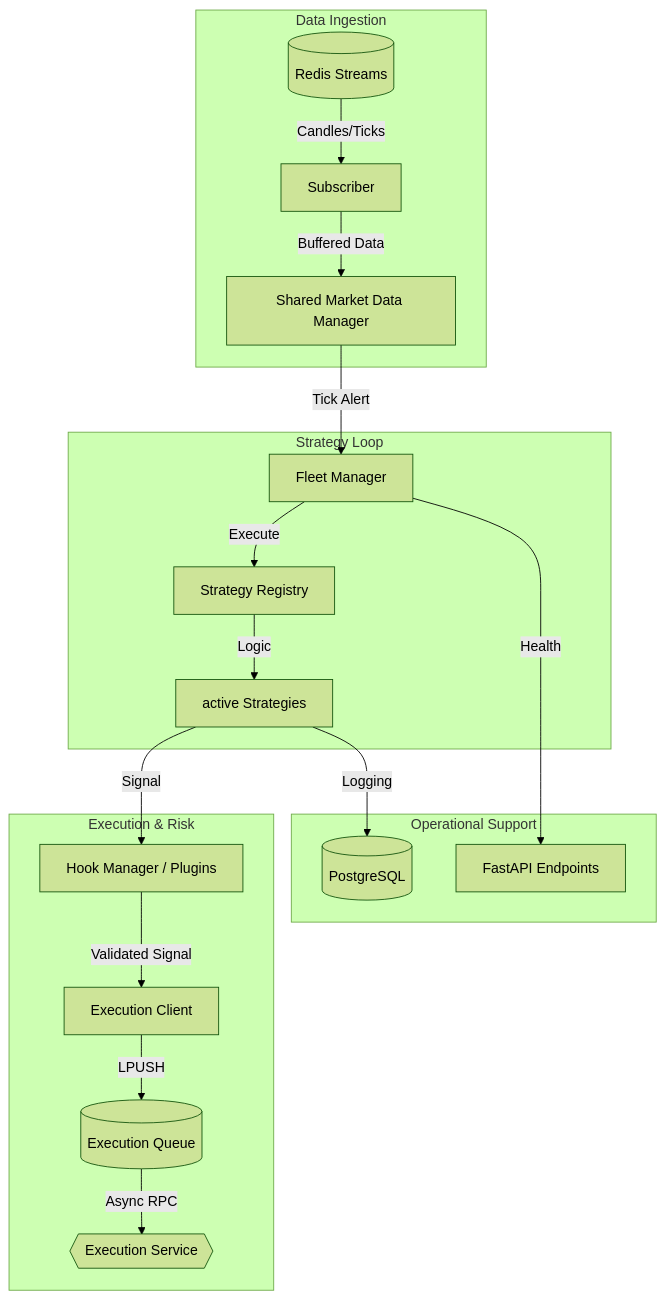
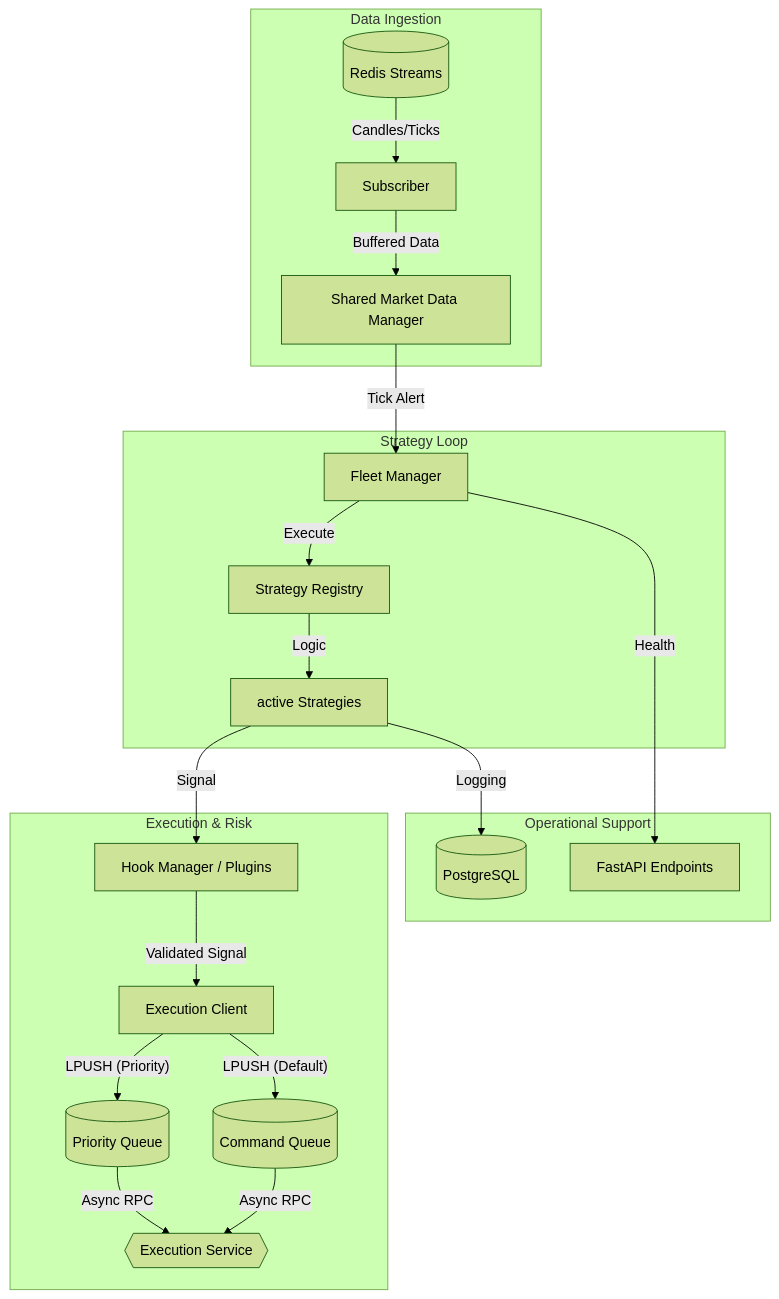
One commit to damrongsak/mtf-trading-system changed the diagram in services/strategy-core/README.md. Above: the diagram before and after it, drawn with Mermaid (forest theme). The commit also changed other lines of this file and 63 other files, not shown here.

````diff
--- a/services/strategy-core/README.md
+++ b/services/strategy-core/README.md
@@ -9,25 +9,26 @@
 ```mermaid
 graph TD
     subgraph DataIngestion["Data Ingestion"]
         RS[(Redis Streams)] --> |"Candles/Ticks"| SU[Subscriber]
         SU --> |"Buffered Data"| SMDM[Shared Market Data Manager]
     end
 
     subgraph StrategyLoop["Strategy Loop"]
         SMDM --> |"Tick Alert"| FM[Fleet Manager]
         FM --> |"Execute"| SR[Strategy Registry]
         SR --> |"Logic"| STR[active Strategies]
     end
 
     subgraph ExecutionFlow["Execution & Risk"]
         STR --> |"Signal"| HM[Hook Manager / Plugins]
         HM --> |"Validated Signal"| EC[Execution Client]
-        EC --> |"LPUSH"| EQ[(Execution Queue)]
-        EQ --> |"Async RPC"| EXS{{Execution Service}}
+        EC --> |"LPUSH (Priority)"| PQ[(Priority Queue)]
+        EC --> |"LPUSH (Default)"| DQ[(Command Queue)]
+        PQ & DQ --> |"Async RPC"| EXS{{Execution Service}}
     end
 
     subgraph Monitoring["Operational Support"]
         STR --> |"Logging"| DB[(PostgreSQL)]
         FM --> |"Health"| API[FastAPI Endpoints]
     end
 ```
````
